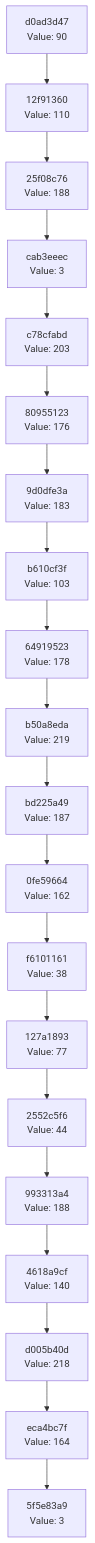
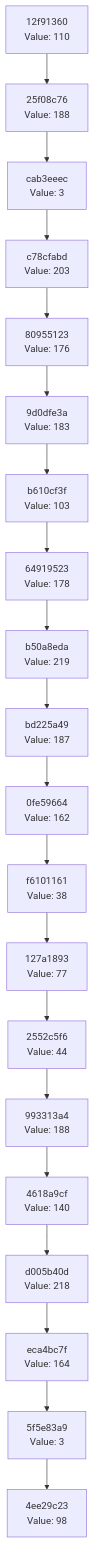
Before and after one commit to Abhisheksinha1506/hash-chain-evolver: the diagram in docs/CHAIN_VISUALIZATION.md, drawn with Mermaid. The commit also changed 3 other files, not shown here.

````diff
--- a/docs/CHAIN_VISUALIZATION.md
+++ b/docs/CHAIN_VISUALIZATION.md
@@ -3,42 +3,42 @@
 ```mermaid
 graph TD
-    C0["5f5e83a9<br/>Value: 3"]
-    C1["eca4bc7f<br/>Value: 164"]
+    C0["4ee29c23<br/>Value: 98"]
+    C1["5f5e83a9<br/>Value: 3"]
     C1 --> C0
-    C2["d005b40d<br/>Value: 218"]
+    C2["eca4bc7f<br/>Value: 164"]
     C2 --> C1
-    C3["4618a9cf<br/>Value: 140"]
+    C3["d005b40d<br/>Value: 218"]
     C3 --> C2
-    C4["993313a4<br/>Value: 188"]
+    C4["4618a9cf<br/>Value: 140"]
     C4 --> C3
-    C5["2552c5f6<br/>Value: 44"]
+    C5["993313a4<br/>Value: 188"]
     C5 --> C4
-    C6["127a1893<br/>Value: 77"]
+    C6["2552c5f6<br/>Value: 44"]
     C6 --> C5
-    C7["f6101161<br/>Value: 38"]
+    C7["127a1893<br/>Value: 77"]
     C7 --> C6
-    C8["0fe59664<br/>Value: 162"]
+    C8["f6101161<br/>Value: 38"]
     C8 --> C7
-    C9["bd225a49<br/>Value: 187"]
+    C9["0fe59664<br/>Value: 162"]
     C9 --> C8
-    C10["b50a8eda<br/>Value: 219"]
+    C10["bd225a49<br/>Value: 187"]
     C10 --> C9
-    C11["64919523<br/>Value: 178"]
+    C11["b50a8eda<br/>Value: 219"]
     C11 --> C10
-    C12["b610cf3f<br/>Value: 103"]
+    C12["64919523<br/>Value: 178"]
     C12 --> C11
-    C13["9d0dfe3a<br/>Value: 183"]
+    C13["b610cf3f<br/>Value: 103"]
     C13 --> C12
-    C14["80955123<br/>Value: 176"]
+    C14["9d0dfe3a<br/>Value: 183"]
     C14 --> C13
-    C15["c78cfabd<br/>Value: 203"]
+    C15["80955123<br/>Value: 176"]
     C15 --> C14
-    C16["cab3eeec<br/>Value: 3"]
+    C16["c78cfabd<br/>Value: 203"]
     C16 --> C15
-    C17["25f08c76<br/>Value: 188"]
+    C17["cab3eeec<br/>Value: 3"]
     C17 --> C16
-    C18["12f91360<br/>Value: 110"]
+    C18["25f08c76<br/>Value: 188"]
     C18 --> C17
-    C19["d0ad3d47<br/>Value: 90"]
+    C19["12f91360<br/>Value: 110"]
     C19 --> C18
 ```
````
